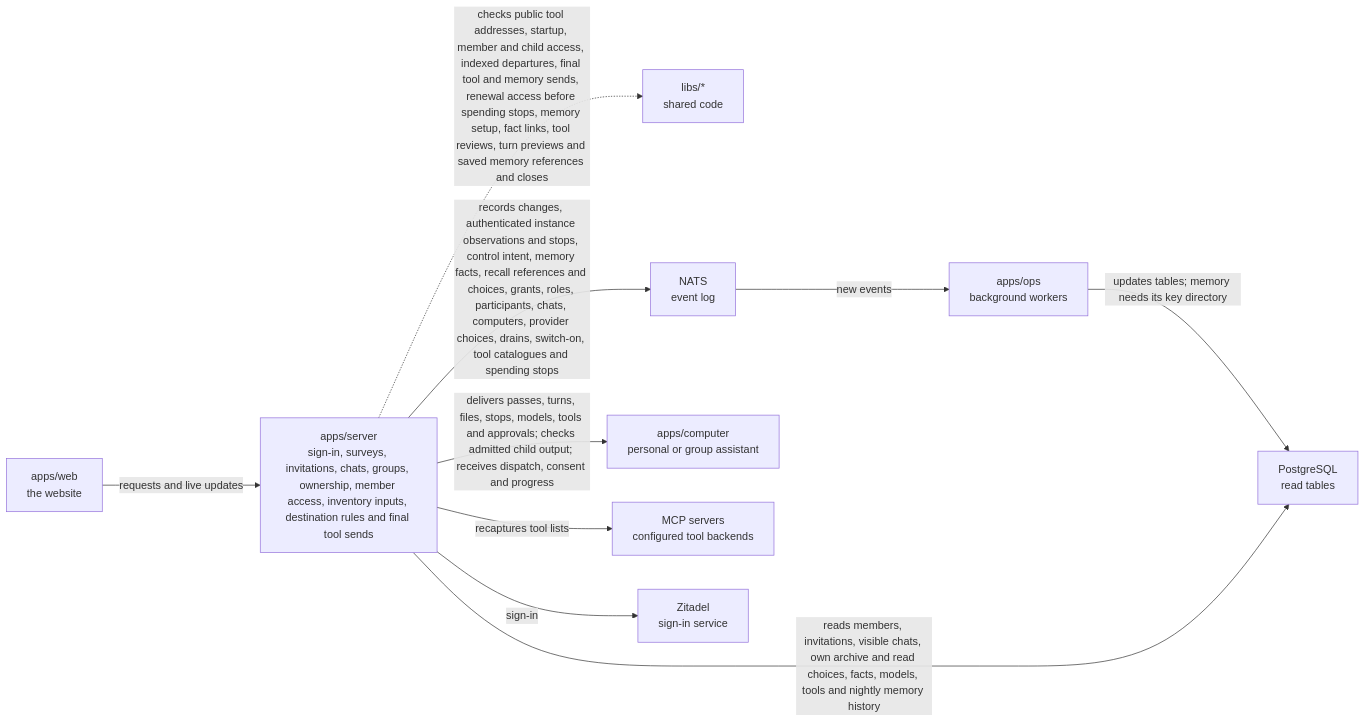
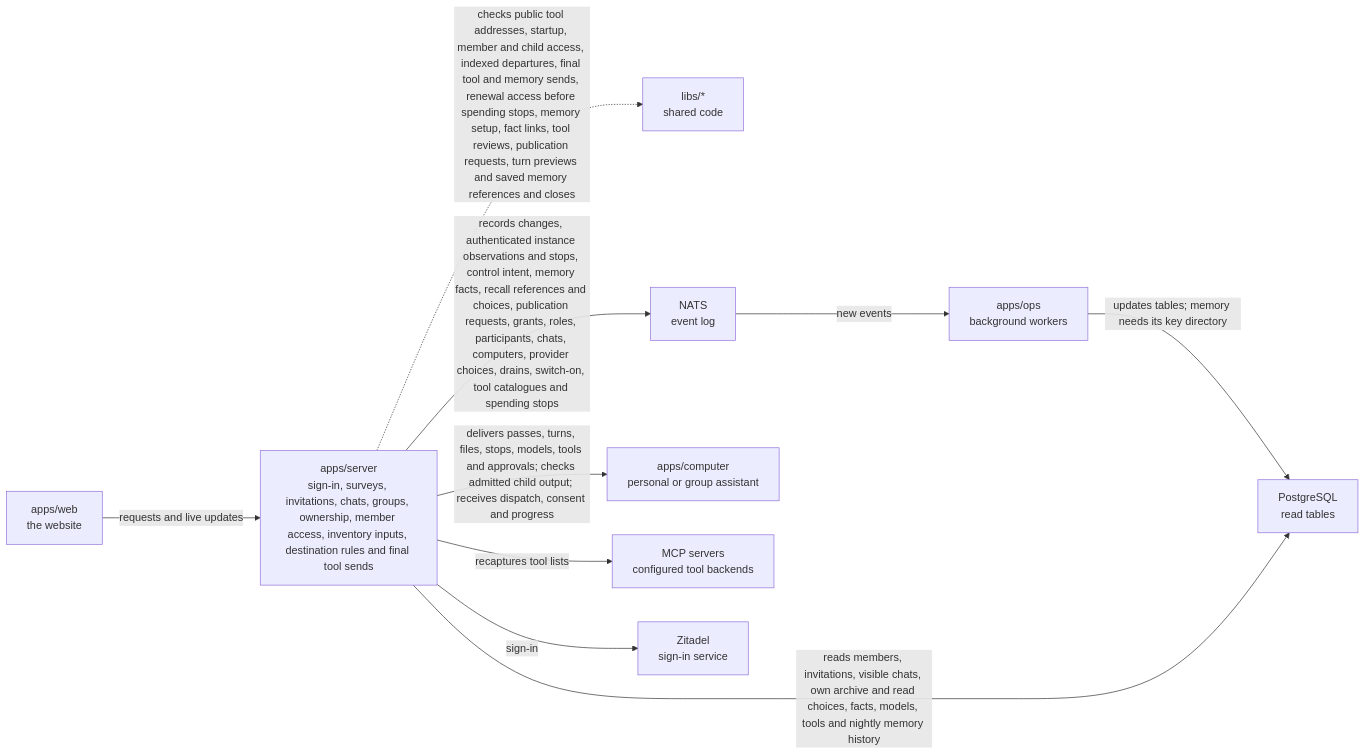
Before and after one commit to elewa-git/opencrane-new: the diagram in apps/server/README.md, drawn with Mermaid. The commit also changed other lines of this file and 24 other files, not shown here.

Commit message:
🔒 Save reviewed publication intent and serial gateway records

````diff
--- a/apps/server/README.md
+++ b/apps/server/README.md
@@ -11,12 +11,12 @@
 ```mermaid
 flowchart LR
   web["apps/web<br/>the website"] -->|requests and live updates| server["apps/server<br/>sign-in, surveys, invitations, chats, groups, ownership, member access, inventory inputs, destination rules and final tool sends"]
-  server -.->|checks public tool addresses, startup, member and child access, indexed departures, final tool and memory sends, renewal access before spending stops, memory setup, fact links, tool reviews, turn previews and saved memory references and closes| libs["libs/*<br/>shared code"]
-  server -->|records changes, authenticated instance observations and stops, control intent, memory facts, recall references and choices, grants, roles, participants, chats, computers, provider choices, drains, switch-on, tool catalogues and spending stops| nats["NATS<br/>event log"]
+  server -.->|checks public tool addresses, startup, member and child access, indexed departures, final tool and memory sends, renewal access before spending stops, memory setup, fact links, tool reviews, publication requests, turn previews and saved memory references and closes| libs["libs/*<br/>shared code"]
+  server -->|records changes, authenticated instance observations and stops, control intent, memory facts, recall references and choices, publication requests, grants, roles, participants, chats, computers, provider choices, drains, switch-on, tool catalogues and spending stops| nats["NATS<br/>event log"]
   nats -->|new events| ops["apps/ops<br/>background workers"]
   ops -->|updates tables; memory needs its key directory| postgres["PostgreSQL<br/>read tables"]
   server -->|reads members, invitations, visible chats, own archive and read choices, facts, models, tools and nightly memory history| postgres
   server -->|delivers passes, turns, files, stops, models, tools and approvals; checks admitted child output; receives dispatch, consent and progress| computer["apps/computer<br/>personal or group assistant"]
   server -->|recaptures tool lists| mcp["MCP servers<br/>configured tool backends"]
   server -->|sign-in| zitadel["Zitadel<br/>sign-in service"]
 ```
````
